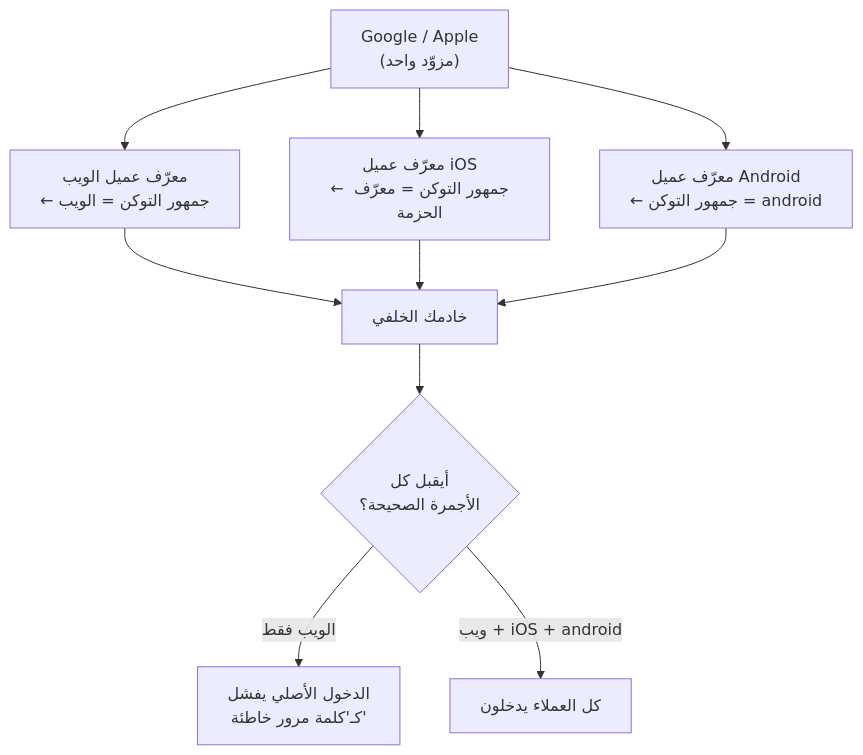
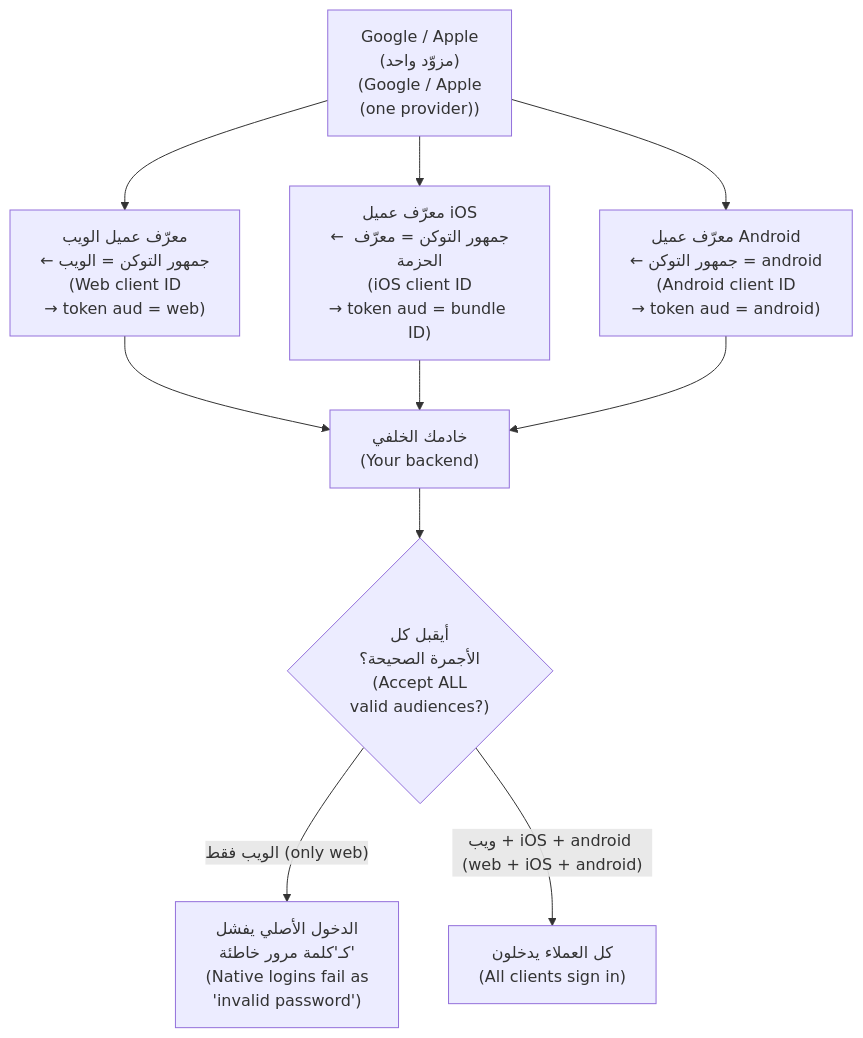
One commit to Tamoura/system-design-for-vibe-coders changed the fifth of 7 diagrams in modules/06-many-clients/module.ar.md. Above: the diagram before and after it, drawn with Mermaid. The commit also changed other lines of this file and 62 other files, not shown here.

First line of the commit message:
Arabic editions: English on every diagram label, RTL fixes, rebuild

````diff
--- a/modules/06-many-clients/module.ar.md
+++ b/modules/06-many-clients/module.ar.md
@@ -558,12 +558,12 @@
 ```mermaid
 flowchart TD
-    G["Google / Apple<br/>(مزوّد واحد)"] --> W["معرّف عميل الويب<br/>← جمهور التوكن = الويب"]
-    G --> I["معرّف عميل iOS<br/>← جمهور التوكن = معرّف الحزمة"]
-    G --> A["معرّف عميل Android<br/>← جمهور التوكن = android"]
-    W --> BE["خادمك الخلفي"]
+    G["Google / Apple<br/>(مزوّد واحد)<br/>(Google / Apple<br/>(one provider))"] --> W["معرّف عميل الويب<br/>← جمهور التوكن = الويب<br/>(Web client ID<br/>→ token aud = web)"]
+    G --> I["معرّف عميل iOS<br/>← جمهور التوكن = معرّف الحزمة<br/>(iOS client ID<br/>→ token aud = bundle ID)"]
+    G --> A["معرّف عميل Android<br/>← جمهور التوكن = android<br/>(Android client ID<br/>→ token aud = android)"]
+    W --> BE["خادمك الخلفي<br/>(Your backend)"]
     I --> BE
     A --> BE
-    BE --> CHECK{"أيقبل كل<br/>الأجمرة الصحيحة؟"}
-    CHECK -->|"الويب فقط"| FAIL["الدخول الأصلي يفشل<br/>كـ'كلمة مرور خاطئة'"]
-    CHECK -->|"ويب + iOS + android"| OK["كل العملاء يدخلون"]
+    BE --> CHECK{"أيقبل كل<br/>الأجمرة الصحيحة؟<br/>(Accept ALL<br/>valid audiences?)"}
+    CHECK -->|"الويب فقط (only web)"| FAIL["الدخول الأصلي يفشل<br/>كـ'كلمة مرور خاطئة'<br/>(Native logins fail as<br/>'invalid password')"]
+    CHECK -->|"ويب + iOS + android (web + iOS + android)"| OK["كل العملاء يدخلون<br/>(All clients sign in)"]
 ```
````
